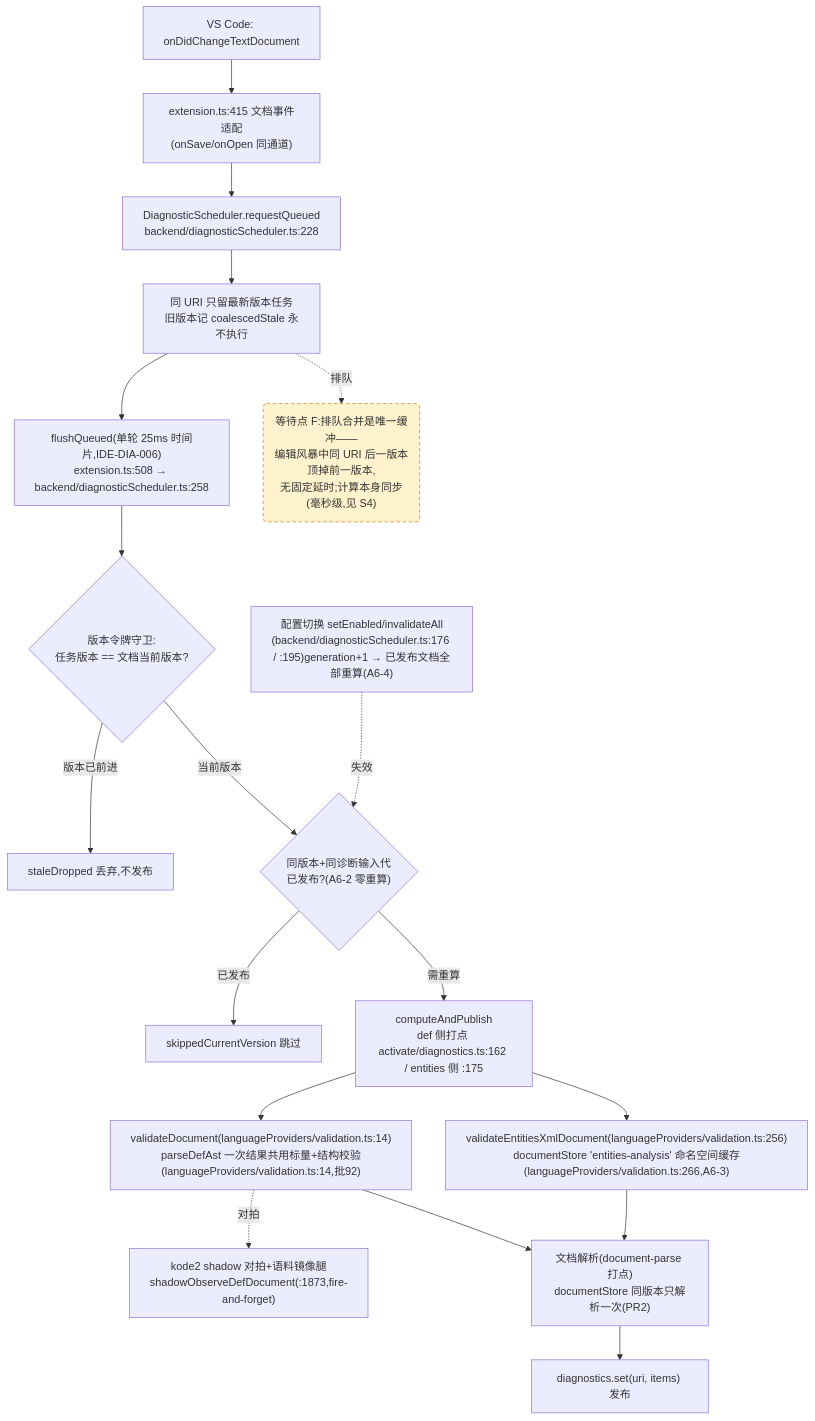
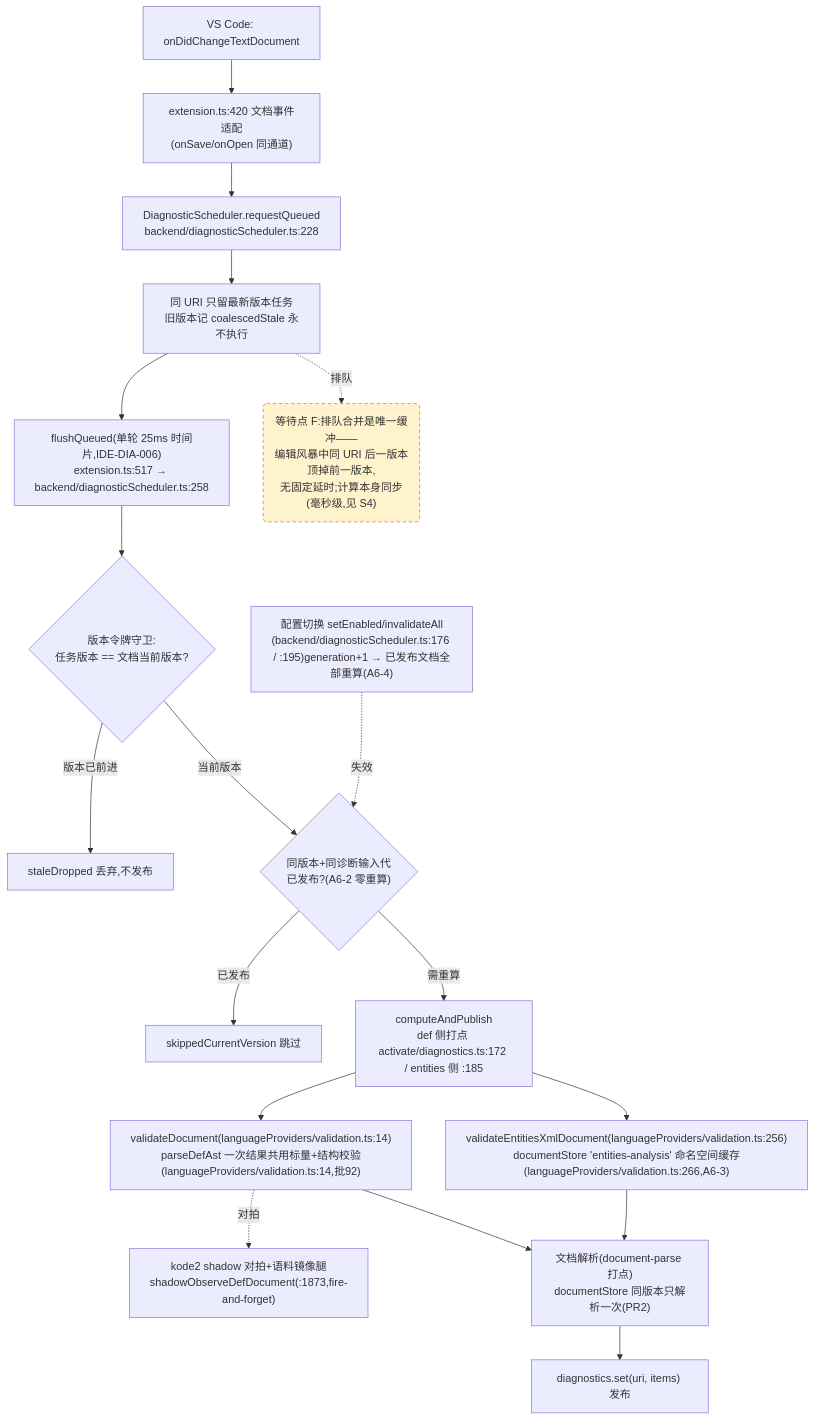
The fourth of 4 diagrams in docs/perf/2026-baseline.md (cuihairu/kode), drawn with Mermaid before and after one commit. The commit also changed 22 other files, not shown here.

````diff
--- a/docs/perf/2026-baseline.md
+++ b/docs/perf/2026-baseline.md
@@ -218,38 +218,38 @@
 ```mermaid
 flowchart TD
   CHG["VS Code: onDidChangeTextDocument"]
-  WATCH["extension.ts:415 文档事件适配<br/>(onSave/onOpen 同通道)"]
+  WATCH["extension.ts:420 文档事件适配<br/>(onSave/onOpen 同通道)"]
   RQ["DiagnosticScheduler.requestQueued<br/>backend/diagnosticScheduler.ts:228"]
   CO["同 URI 只留最新版本任务<br/>旧版本记 coalescedStale 永不执行"]
-  FL["flushQueued(单轮 25ms 时间片,IDE-DIA-006)<br/>extension.ts:508 → backend/diagnosticScheduler.ts:258"]
+  FL["flushQueued(单轮 25ms 时间片,IDE-DIA-006)<br/>extension.ts:517 → backend/diagnosticScheduler.ts:258"]
   VG{"版本令牌守卫:<br/>任务版本 == 文档当前版本?"}
   DROP["staleDropped 丢弃,不发布"]
   GEN{"同版本+同诊断输入代<br/>已发布?(A6-2 零重算)"}
   SKIP["skippedCurrentVersion 跳过"]
-  CALC["computeAndPublish<br/>def 侧打点 activate/diagnostics.ts:162 / entities 侧 :175"]
+  CALC["computeAndPublish<br/>def 侧打点 activate/diagnostics.ts:172 / entities 侧 :185"]
   VD["validateDocument(languageProviders/validation.ts:14)<br/>parseDefAst 一次结果共用标量+结构校验(languageProviders/validation.ts:14,批92)"]
   VEX["validateEntitiesXmlDocument(languageProviders/validation.ts:256)<br/>documentStore 'entities-analysis' 命名空间缓存(languageProviders/validation.ts:266,A6-3)"]
   SHDD["kode2 shadow 对拍+语料镜像腿<br/>shadowObserveDefDocument(:1873,fire-and-forget)"]
   DS["文档解析(document-parse 打点)<br/>documentStore 同版本只解析一次(PR2)"]
   PUB["diagnostics.set(uri, items) 发布"]
   CFG2["配置切换 setEnabled/invalidateAll<br/>(backend/diagnosticScheduler.ts:176 / :195)generation+1 → 已发布文档全部重算(A6-4)"]
 
   CHG --> WATCH --> RQ --> CO --> FL --> VG
   VG -- "版本已前进" --> DROP
   VG -- "当前版本" --> GEN
   GEN -- "已发布" --> SKIP
   GEN -- "需重算" --> CALC
   CALC --> VD
   CALC --> VEX
   VD --> DS
   VEX --> DS
   DS --> PUB
   VD -.->|对拍| SHDD
   CFG2 -.->|失效| GEN
 
   WAITF("等待点 F:排队合并是唯一缓冲——<br/>编辑风暴中同 URI 后一版本顶掉前一版本,<br/>无固定延时;计算本身同步(毫秒级,见 S4)")
   CO -.->|排队| WAITF
 
   classDef waitPoint fill:#fff3cd,stroke:#d97706,stroke-dasharray:5 4;
   class WAITF waitPoint;
 ```
````
